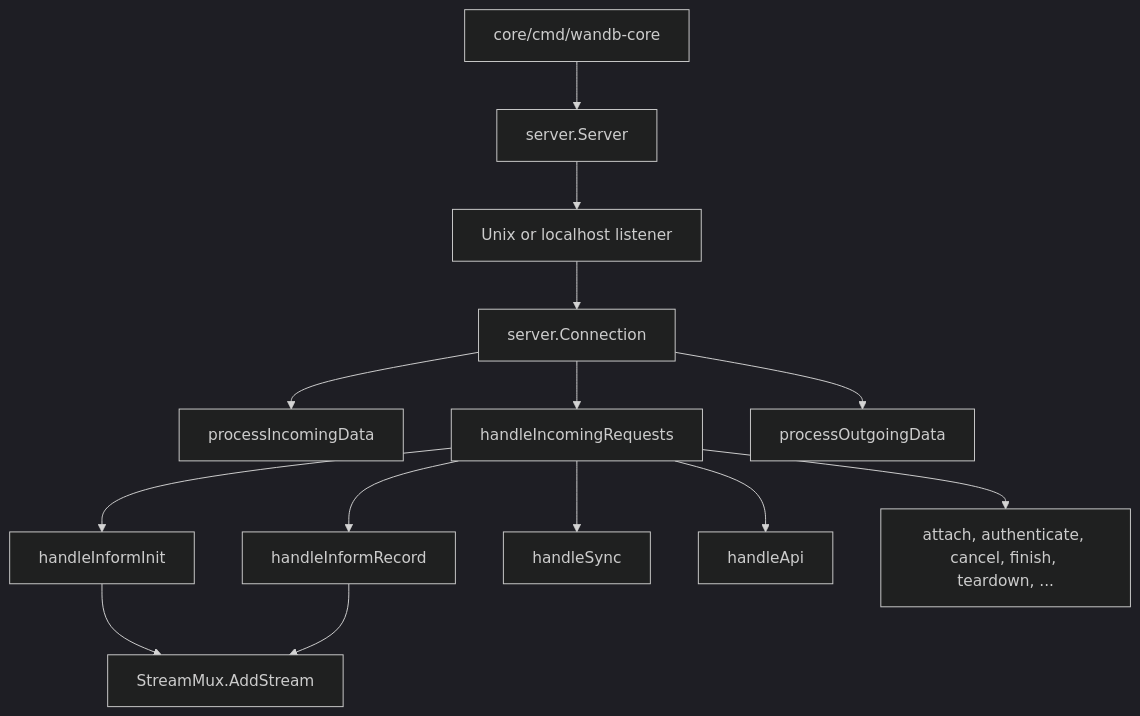
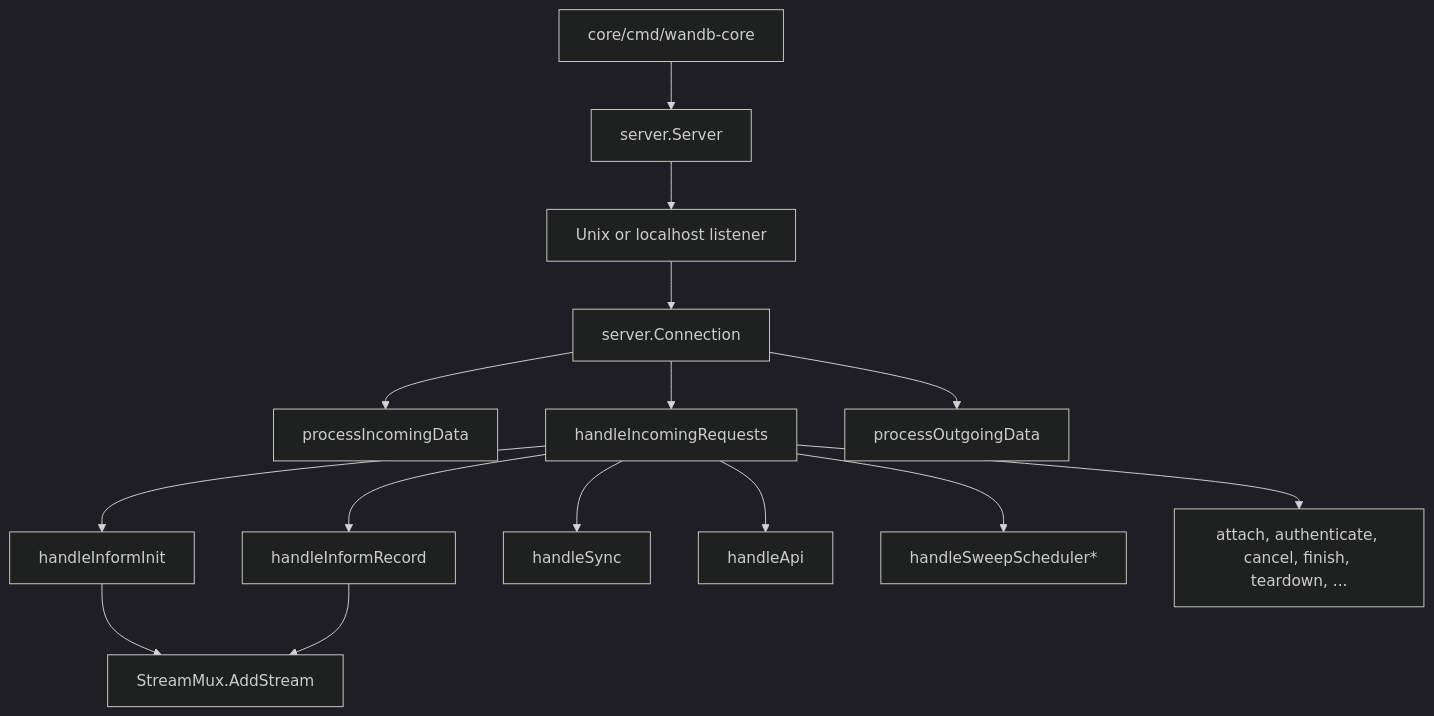
The first of 4 diagrams in docs/sdk/wandb-core.md (wandb/wandb), drawn with Mermaid (dark theme) before and after one commit. The commit also changed other lines of this file and 5 other files, not shown here.

````diff
--- a/docs/sdk/wandb-core.md
+++ b/docs/sdk/wandb-core.md
@@ -41,16 +41,17 @@
 ```mermaid
 flowchart TD
     Main["core/cmd/wandb-core"] --> Server["server.Server"]
     Server --> Listener["Unix or localhost listener"]
     Listener --> Connection["server.Connection"]
     Connection --> Incoming["processIncomingData"]
     Connection --> Router["handleIncomingRequests"]
     Connection --> Outgoing["processOutgoingData"]
     Router --> Init["handleInformInit"]
     Router --> Record["handleInformRecord"]
     Router --> Sync["handleSync"]
     Router --> API["handleApi"]
+    Router --> Sweep["handleSweepScheduler*"]
     Router --> Other["attach, authenticate, cancel, finish, teardown, ..."]
     Init --> StreamMux["StreamMux.AddStream"]
     Record --> StreamMux
 ```
````
